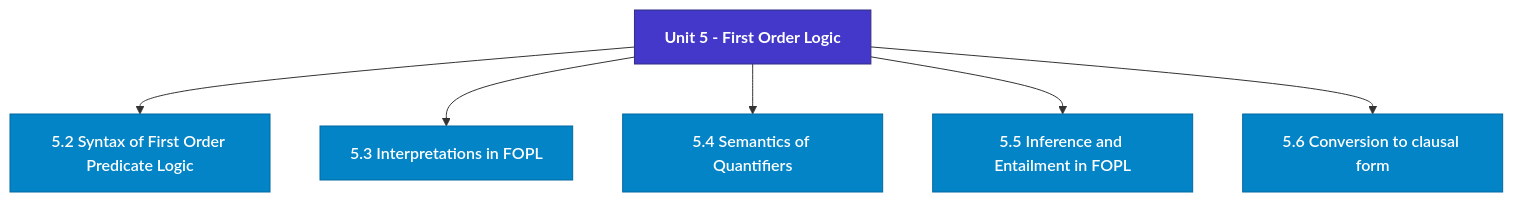
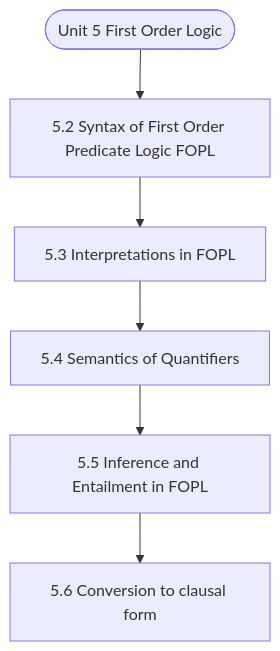
One commit to Asutosh-Coaching/mscdsa changed the diagram in notes/Semester_2/MCS-224_Artificial_Intelligence_&_Machine_Learning/unit_05_First_Order_Logic.md. Above: the diagram before and after it, drawn with Mermaid. The commit also changed other lines of this file and 115 other files, not shown here.

Commit message:
Fix Mermaid layout for mobile, isolate LaTeX delimiters, and add GitHub Pages reader

````diff
--- a/notes/Semester_2/MCS-224_Artificial_Intelligence_&_Machine_Learning/unit_05_First_Order_Logic.md
+++ b/notes/Semester_2/MCS-224_Artificial_Intelligence_&_Machine_Learning/unit_05_First_Order_Logic.md
@@ -19,19 +19,14 @@
 ```mermaid
 flowchart TD
-  %% Styling Definitions
-  classDef head fill:#4338ca,stroke:#312e81,color:#ffffff,font-weight:bold;
-  classDef topic fill:#0284c7,stroke:#0369a1,color:#ffffff,font-weight:600;
-  classDef sub fill:#1e293b,stroke:#475569,color:#f8fafc;
-
-  Root["Unit 5 - First Order Logic"]:::head
-  M1["5.2 Syntax of First Order Predicate Logic "]:::topic
-  Root --> M1
-  M2["5.3 Interpretations in FOPL"]:::topic
-  Root --> M2
-  M3["5.4 Semantics of Quantifiers"]:::topic
-  Root --> M3
-  M4["5.5 Inference and Entailment in FOPL"]:::topic
-  Root --> M4
-  M5["5.6 Conversion to clausal form"]:::topic
-  Root --> M5
+  Start(["Unit 5 First Order Logic"])
+  N1["5.2 Syntax of First Order Predicate Logic FOPL"]
+  N2["5.3 Interpretations in FOPL"]
+  N3["5.4 Semantics of Quantifiers"]
+  N4["5.5 Inference and Entailment in FOPL"]
+  N5["5.6 Conversion to clausal form"]
+  Start --> N1
+  N1 --> N2
+  N2 --> N3
+  N3 --> N4
+  N4 --> N5
 ```
````
